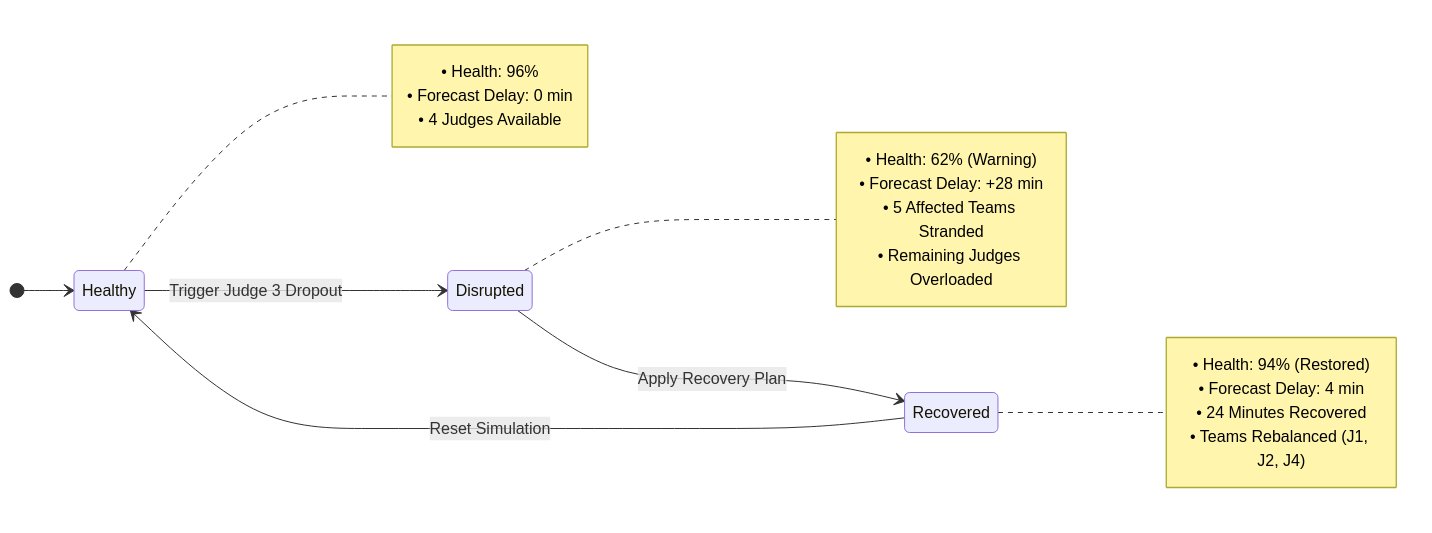
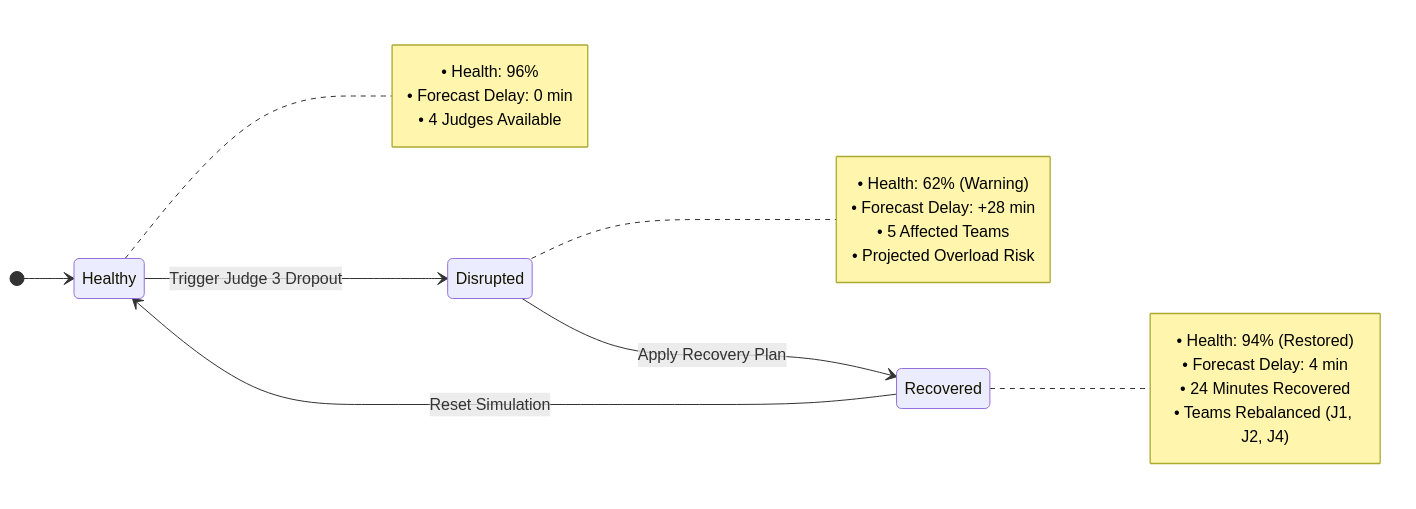
The second of 2 diagrams in README.md (Linardi1328/ai-hackathon-promptwars), drawn with Mermaid before and after one commit. The commit also changed other lines of this file, not shown here.

````diff
--- a/README.md
+++ b/README.md
@@ -115,28 +115,28 @@
 ```mermaid
 stateDiagram-v2
     direction LR
     [*] --> Healthy
 
     Healthy --> Disrupted : Trigger Judge 3 Dropout
     note right of Healthy
       • Health: 96%
       • Forecast Delay: 0 min
       • 4 Judges Available
     end note
 
     Disrupted --> Recovered : Apply Recovery Plan
     note right of Disrupted
       • Health: 62% (Warning)
       • Forecast Delay: +28 min
-      • 5 Affected Teams Stranded
-      • Remaining Judges Overloaded
+      • 5 Affected Teams
+      • Projected Overload Risk
     end note
 
     Recovered --> Healthy : Reset Simulation
     note right of Recovered
       • Health: 94% (Restored)
       • Forecast Delay: 4 min
       • 24 Minutes Recovered
       • Teams Rebalanced (J1, J2, J4)
     end note
 ```
````
